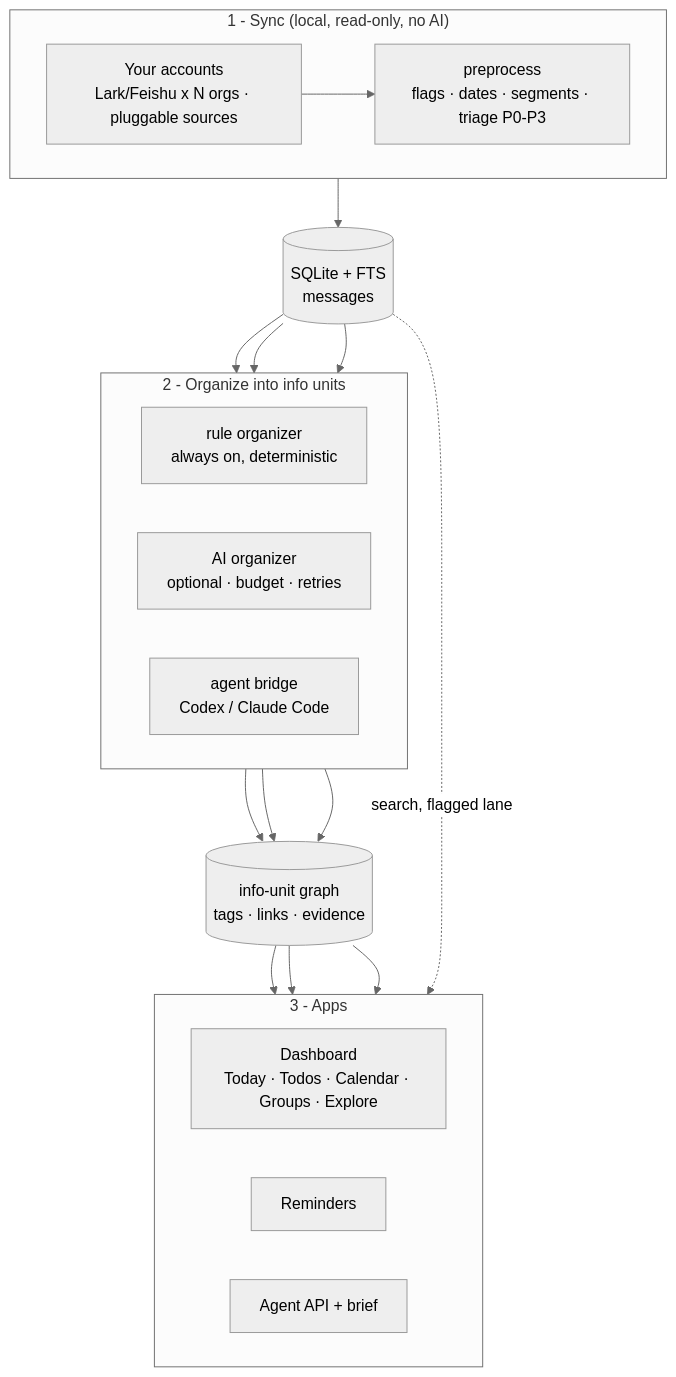
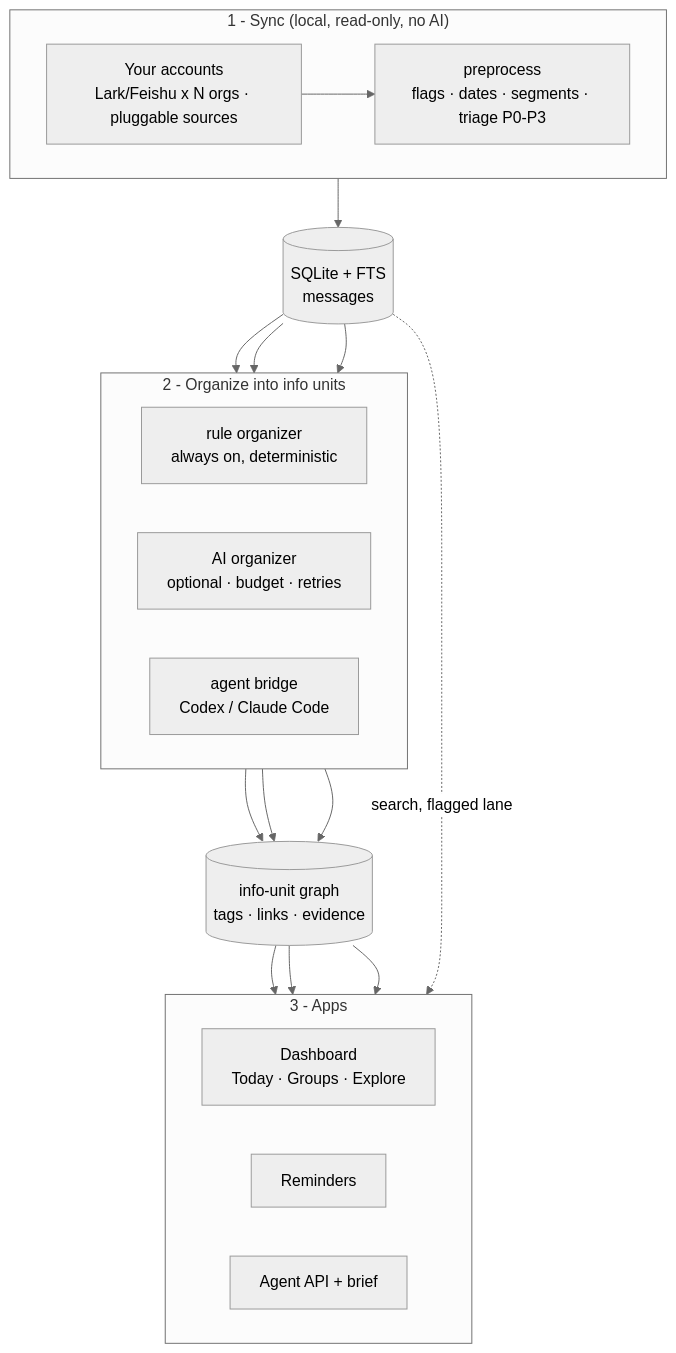
One commit to MasterYip/InfoHub changed the diagram in README.md. Above: the diagram before and after it, drawn with Mermaid (neutral theme). The commit also changed 14 other files, not shown here.

````diff
--- a/README.md
+++ b/README.md
@@ -78,26 +78,26 @@
 ```mermaid
 flowchart TB
   subgraph L1["1 - Sync (local, read-only, no AI)"]
     direction LR
     SRC["Your accounts<br/>Lark/Feishu x N orgs · pluggable sources"]
     PRE["preprocess<br/>flags · dates · segments · triage P0-P3"]
     SRC --> PRE
   end
   subgraph L2["2 - Organize into info units"]
     direction LR
     RULE["rule organizer<br/>always on, deterministic"]
     AI["AI organizer<br/>optional · budget · retries"]
     AGENT["agent bridge<br/>Codex / Claude Code"]
   end
   subgraph L3["3 - Apps"]
     direction LR
-    DASH["Dashboard<br/>Today · Todos · Calendar · Groups · Explore"]
+    DASH["Dashboard<br/>Today · Groups · Explore"]
     REM["Reminders"]
     APIX["Agent API + brief"]
   end
   PRE --> DB[("SQLite + FTS<br/>messages")]
   DB --> RULE & AI & AGENT
   RULE & AI & AGENT --> UG[("info-unit graph<br/>tags · links · evidence")]
   UG --> DASH & REM & APIX
   DB -. "search, flagged lane" .-> DASH
 ```
````
